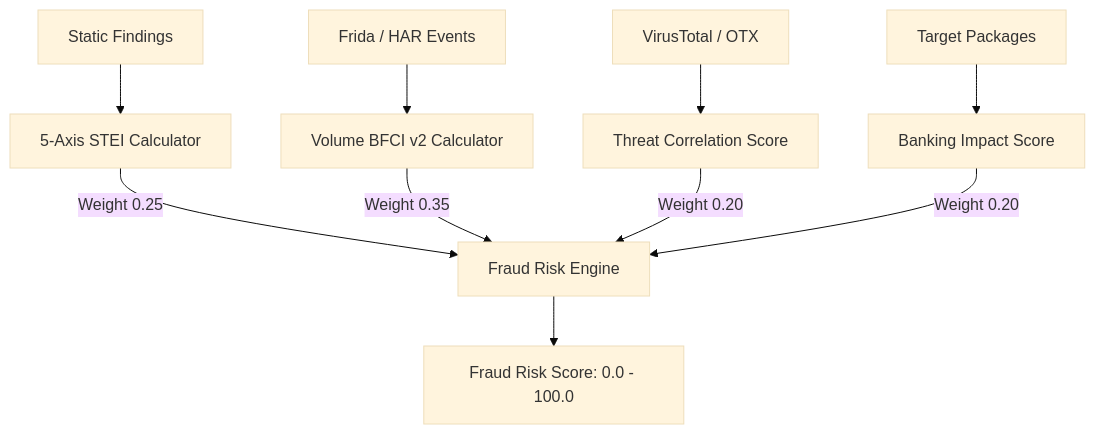
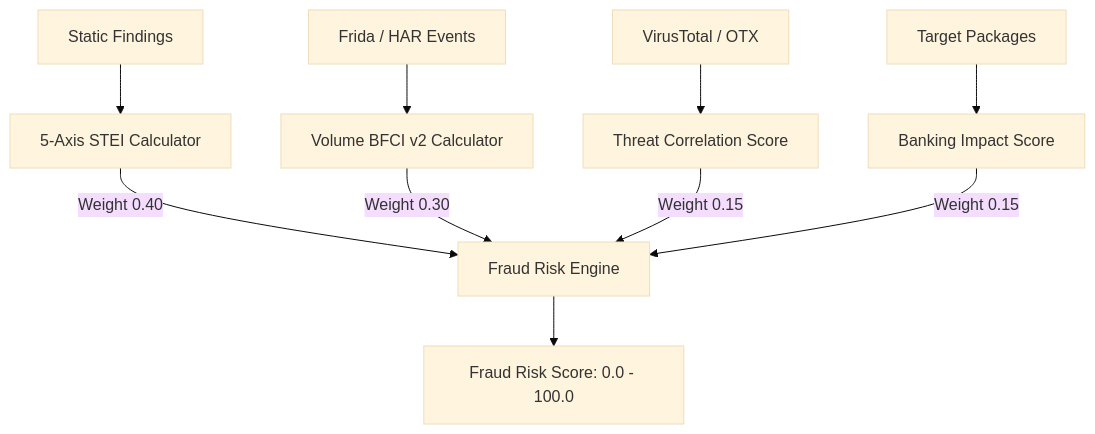
The diagram in docs/architecture/08_DETERMINISTIC_RISK_ENGINE.md (SanTiwari07/Sudarshan), drawn with Mermaid (base theme) before and after one commit. The commit also changed other lines of this file and 39 other files, not shown here.

````diff
--- a/docs/architecture/08_DETERMINISTIC_RISK_ENGINE.md
+++ b/docs/architecture/08_DETERMINISTIC_RISK_ENGINE.md
@@ -32,14 +32,14 @@
 ```mermaid
 graph TD
     STATIC[Static Findings] --> STEI_CALC[5-Axis STEI Calculator]
     DYNAMIC[Frida / HAR Events] --> BFCI_CALC[Volume BFCI v2 Calculator]
     INTEL[VirusTotal / OTX] --> CORR_CALC[Threat Correlation Score]
     BANKS[Target Packages] --> BANK_CALC[Banking Impact Score]
 
-    STEI_CALC -->|Weight 0.25| FRS_ENG[Fraud Risk Engine]
-    BFCI_CALC -->|Weight 0.35| FRS_ENG
-    CORR_CALC -->|Weight 0.20| FRS_ENG
-    BANK_CALC -->|Weight 0.20| FRS_ENG
+    STEI_CALC -->|Weight 0.40| FRS_ENG[Fraud Risk Engine]
+    BFCI_CALC -->|Weight 0.30| FRS_ENG
+    CORR_CALC -->|Weight 0.15| FRS_ENG
+    BANK_CALC -->|Weight 0.15| FRS_ENG
 
     FRS_ENG --> FRS[Fraud Risk Score: 0.0 - 100.0]
 ```
````
